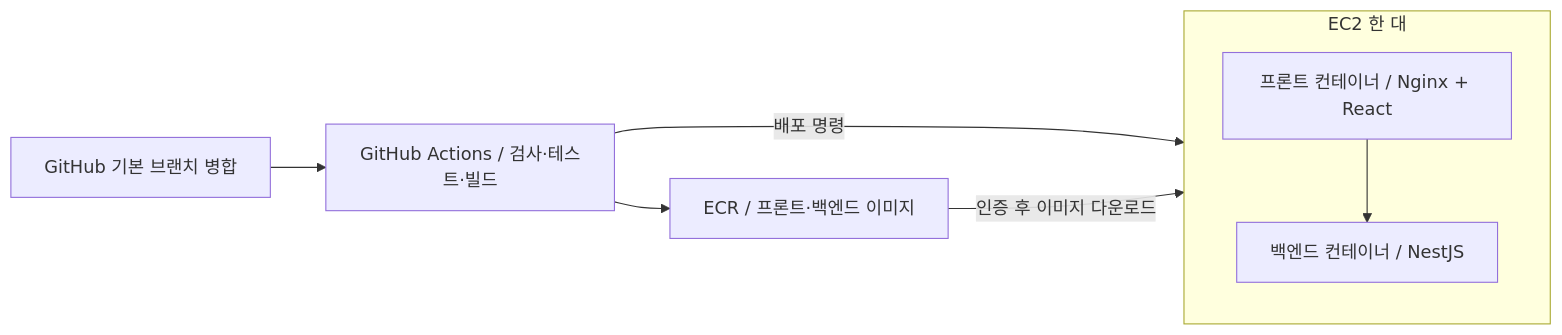
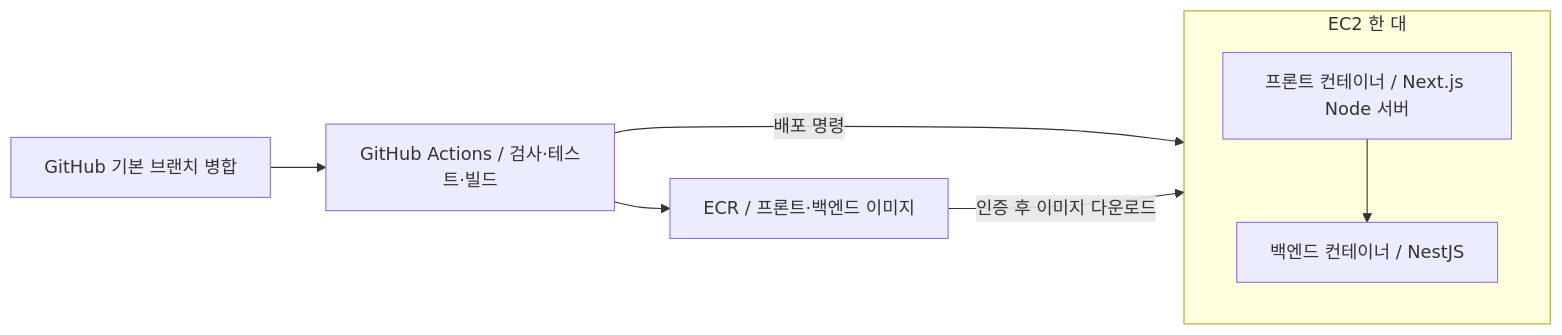
Before and after one commit to davidpro08/Graduation-project: the second of 2 diagrams in README.md, drawn with Mermaid. The commit also changed other lines of this file and 34 other files, not shown here.

````diff
--- a/README.md
+++ b/README.md
@@ -57,12 +57,12 @@
 ```mermaid
 flowchart LR
     G[GitHub 기본 브랜치 병합] --> A[GitHub Actions / 검사·테스트·빌드]
     A --> E[ECR / 프론트·백엔드 이미지]
     A -->|배포 명령| EC[EC2 한 대]
     E -->|인증 후 이미지 다운로드| EC
     subgraph EC[EC2 한 대]
-        FC[프론트 컨테이너 / Nginx + React]
+        FC[프론트 컨테이너 / Next.js Node 서버]
         BC[백엔드 컨테이너 / NestJS]
         FC --> BC
     end
 ```
````
